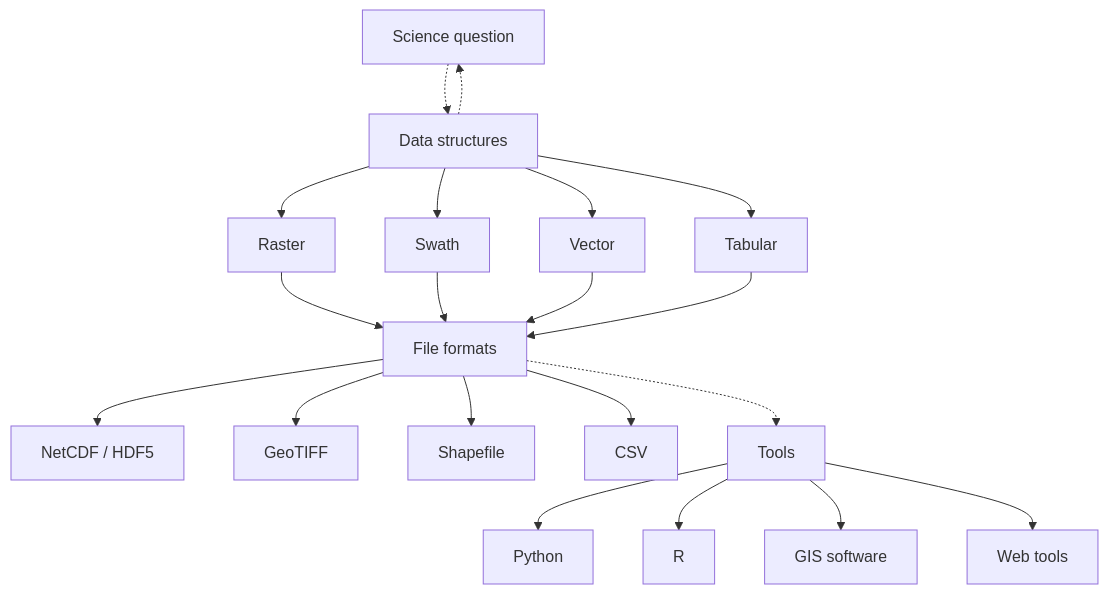
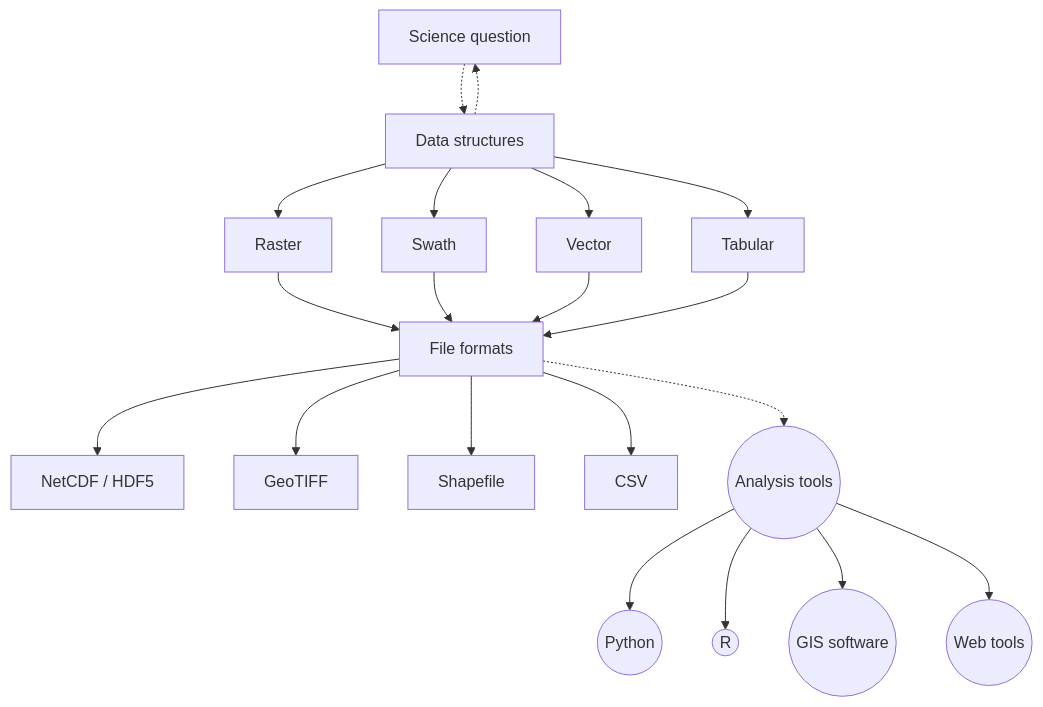
Before and after one commit to nsidc/NSIDC-Data-Cookbook: the diagram in reference-guides/data-structures.qmd, drawn with Mermaid. The commit also changed other lines of this file and 1 other file, not shown here.

````diff
--- a/reference-guides/data-structures.qmd
+++ b/reference-guides/data-structures.qmd
@@ -24,48 +24,48 @@
 ```{mermaid}
 flowchart TD
 
 A[Science question]
 
 B[Data structures]
 B1[Raster]
 B2[Swath]
 B3[Vector]
 B4[Tabular]
 
 C[File formats]
 C1[NetCDF / HDF5]
 C2[GeoTIFF]
 C3[Shapefile]
 C4[CSV]
 
-D[Tools]
-D1[Python]
-D2[R]
-D3[GIS software]
-D4[Web tools]
+D((Analysis tools))
+D1((Python))
+D2((R))
+D3((GIS software))
+D4((Web tools))
 
 A -.-> B
 B -.-> A
 
 B --> B1
 B --> B2
 B --> B3
 B --> B4
 
 B1 --> C
 B2 --> C
 B3 --> C
 B4 --> C
 
 C --> C1
 C --> C2
 C --> C3
 C --> C4
 
 C -.-> D
 
 D --> D1
 D --> D2
 D --> D3
 D --> D4
 ```
````
